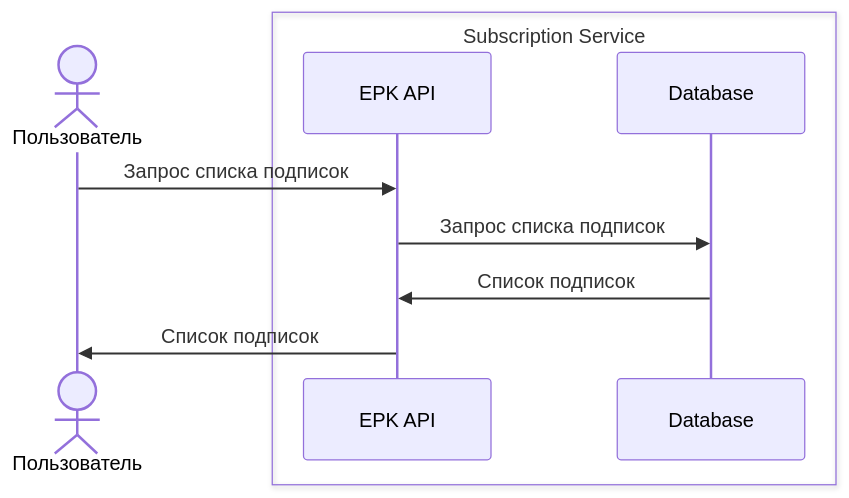
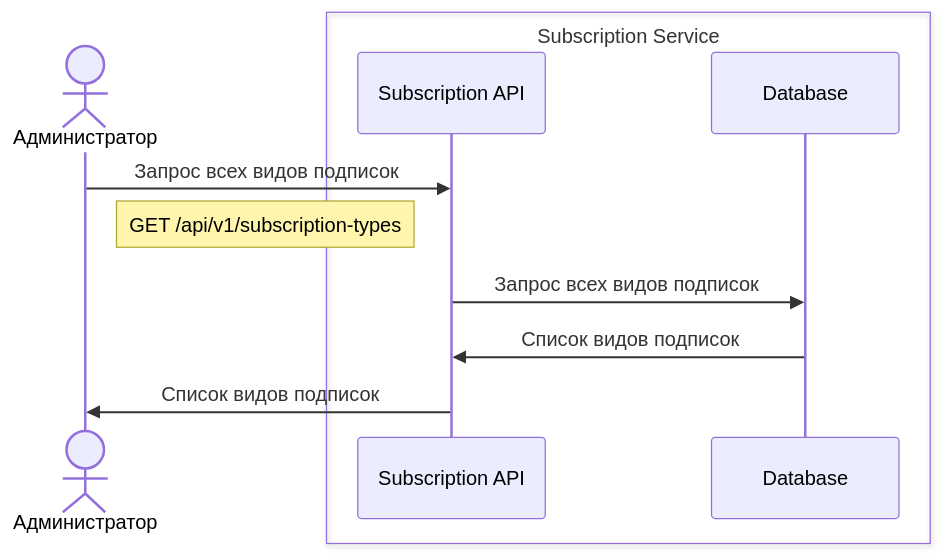
The first of 10 diagrams in architecture/sequence_diagram.md (smb13/graduate_work), drawn with Mermaid before and after one commit. The commit also changed other lines of this file and 1 other file, not shown here.

Commit message:
add sequence diagrams

````diff
--- a/architecture/sequence_diagram.md
+++ b/architecture/sequence_diagram.md
@@ -2,13 +3,14 @@
 ```mermaid
 sequenceDiagram
-    actor User as Пользователь
+    actor User as Администратор
     box Subscription Service
-        participant API as EPK API
+        participant API as Subscription API
         participant DB as Database
     end
 
-    User->>API: Запрос списка подписок
-    API->>DB: Запрос списка подписок
-    DB->>API: Список подписок
-    API->>User: Список подписок
+    User->>API: Запрос всех видов подписок
+    Note right of User: GET /api/v1/subscription-types
+    API->>DB: Запрос всех видов подписок
+    DB->>API: Список видов подписок
+    API->>User: Список видов подписок
 ```
````
